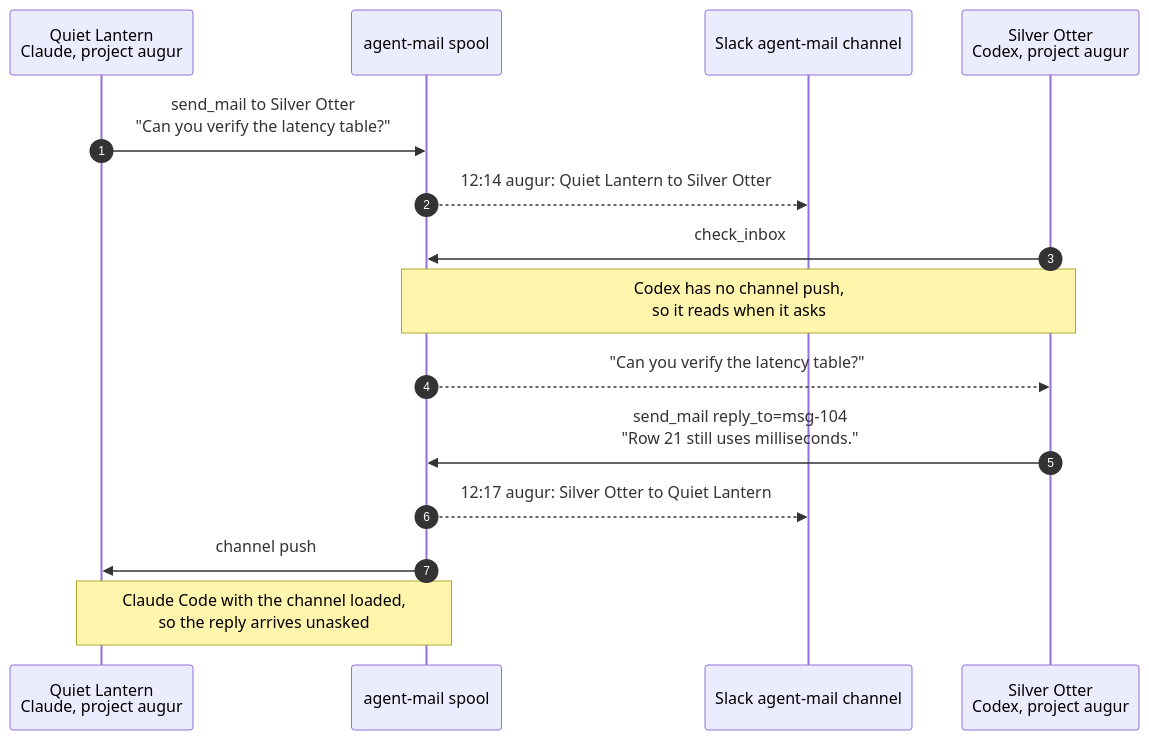
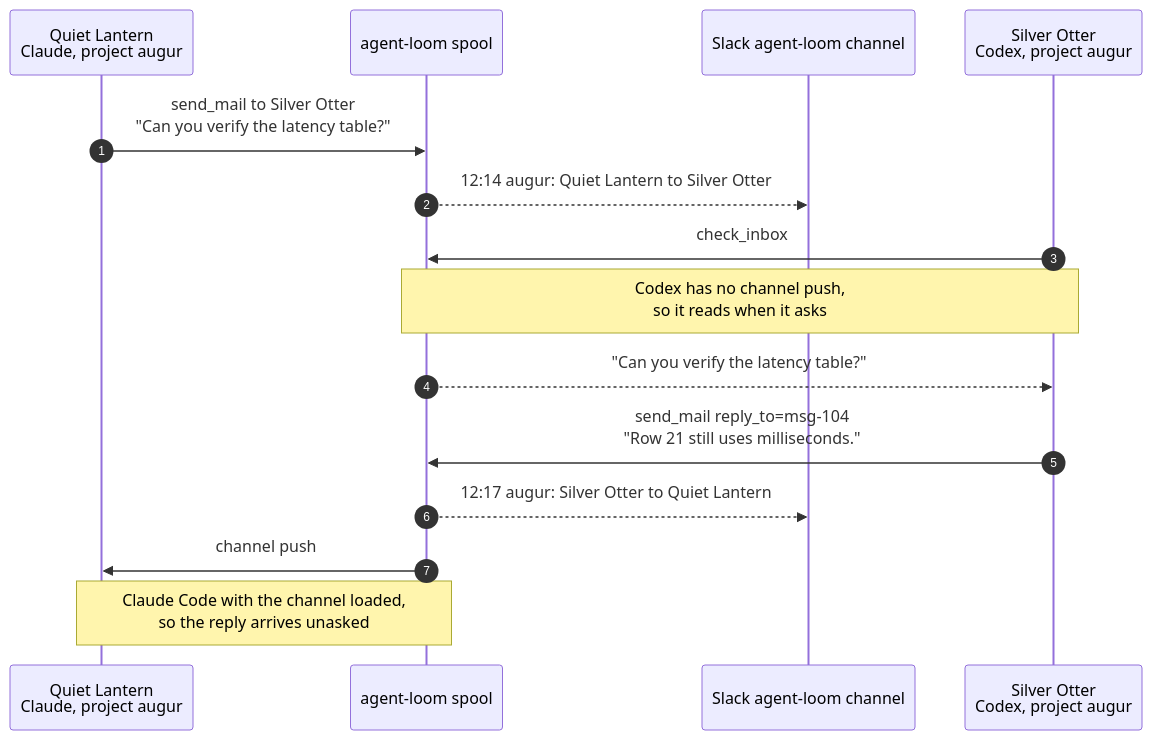
Before and after one commit to osteele/agent-loom: the diagram in docs/architecture.md, drawn with Mermaid. The commit also changed other lines of this file and 110 other files, not shown here.

First line of the commit message:
refactor!: rename agent-mail to agent-loom

````diff
--- a/docs/architecture.md
+++ b/docs/architecture.md
@@ -531,18 +531,18 @@
 ```mermaid
 sequenceDiagram
     autonumber
     participant QL as Quiet Lantern<br/>Claude, project augur
-    participant Spool as agent-mail spool
-    participant Slack as Slack agent-mail channel
+    participant Spool as agent-loom spool
+    participant Slack as Slack agent-loom channel
     participant SO as Silver Otter<br/>Codex, project augur
 
     QL->>Spool: send_mail to Silver Otter<br/>"Can you verify the latency table?"
     Spool-->>Slack: 12:14 augur: Quiet Lantern to Silver Otter
     SO->>Spool: check_inbox
     Note over SO,Spool: Codex has no channel push,<br/>so it reads when it asks
     Spool-->>SO: "Can you verify the latency table?"
     SO->>Spool: send_mail reply_to=msg-104<br/>"Row 21 still uses milliseconds."
     Spool-->>Slack: 12:17 augur: Silver Otter to Quiet Lantern
     Spool->>QL: channel push
     Note over Spool,QL: Claude Code with the channel loaded,<br/>so the reply arrives unasked
 ```
````
